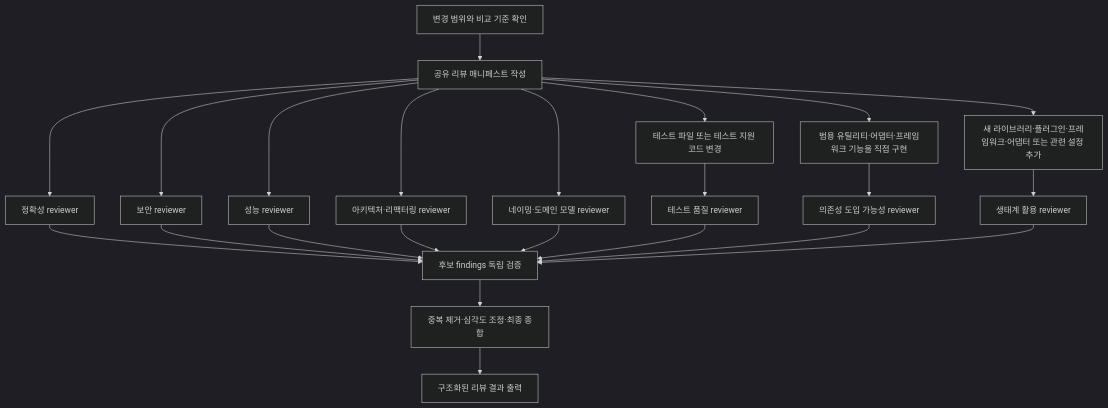
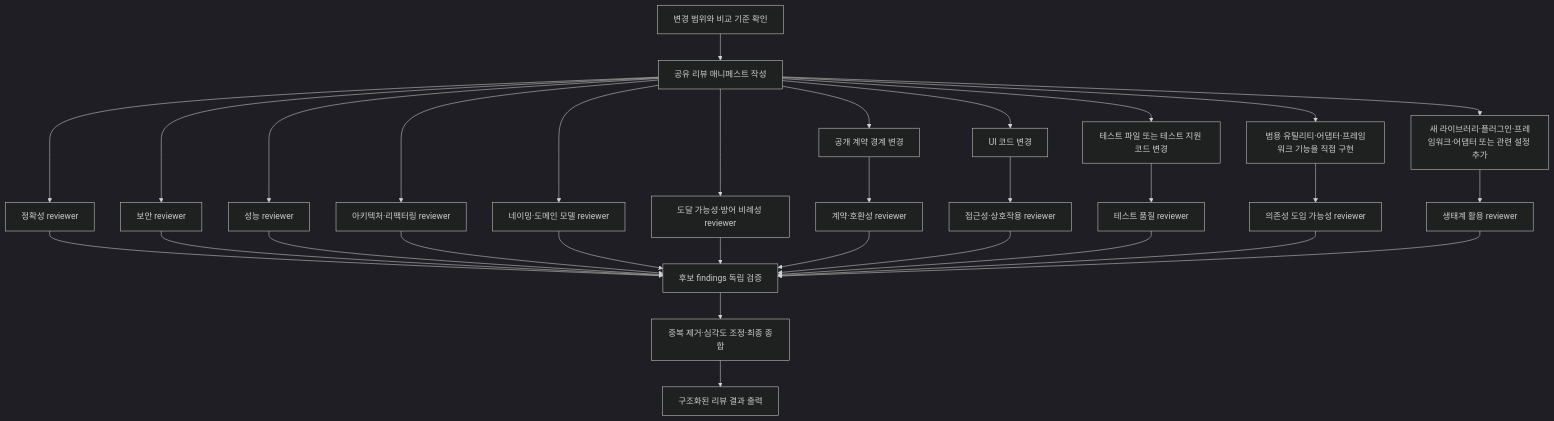
One commit to nayounsang/younsang-codex-plugin changed the diagram in docs/strict-review.md. Above: the diagram before and after it, drawn with Mermaid (dark theme). The commit also changed other lines of this file and 5 other files, not shown here.

````diff
--- a/docs/strict-review.md
+++ b/docs/strict-review.md
@@ -34,31 +37,41 @@
 ```mermaid
 flowchart TD
     A[변경 범위와 비교 기준 확인] --> B[공유 리뷰 매니페스트 작성]
 
     B --> C1[정확성 reviewer]
     B --> C2[보안 reviewer]
     B --> C3[성능 reviewer]
     B --> C4[아키텍처·리팩터링 reviewer]
     B --> C5[네이밍·도메인 모델 reviewer]
+    B --> C6[도달 가능성·방어 비례성 reviewer]
+
+    B --> J[공개 계약 경계 변경]
+    J --> J1[계약·호환성 reviewer]
+
+    B --> K[UI 코드 변경]
+    K --> K1[접근성·상호작용 reviewer]
 
     B --> D[테스트 파일 또는 테스트 지원 코드 변경]
     D --> D1[테스트 품질 reviewer]
 
     B --> E[범용 유틸리티·어댑터·프레임워크 기능을 직접 구현]
     E --> E1[의존성 도입 가능성 reviewer]
 
     B --> F[새 라이브러리·플러그인·프레임워크·어댑터 또는 관련 설정 추가]
     F --> F1[생태계 활용 reviewer]
 
     C1 --> G[후보 findings 독립 검증]
     C2 --> G
     C3 --> G
     C4 --> G
     C5 --> G
+    C6 --> G
+    J1 --> G
+    K1 --> G
     D1 --> G
     E1 --> G
     F1 --> G
 
     G --> H[중복 제거·심각도 조정·최종 종합]
     H --> I[구조화된 리뷰 결과 출력]
 ```
````
